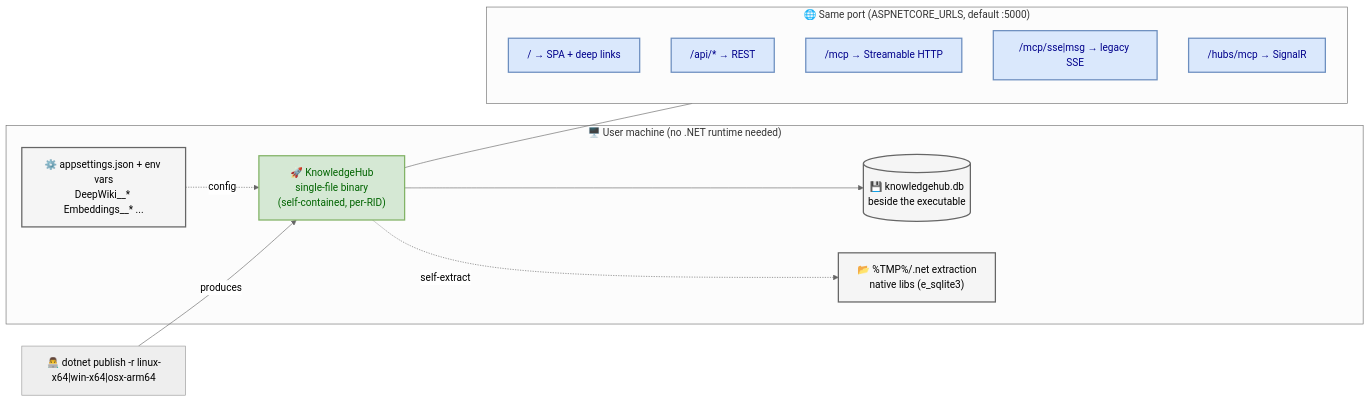
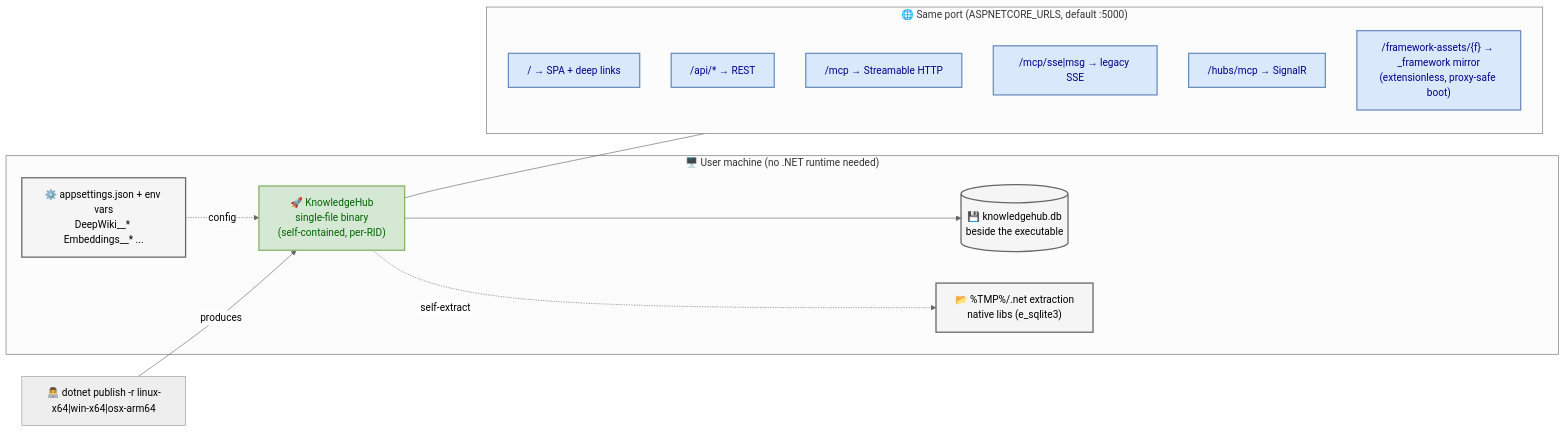
Before and after one commit to afonsoft/LangGraph-UI: the diagram in docs/architecture/knowledge-hub_deployment.mmd, drawn with Mermaid. The commit also changed 6 other files, not shown here.

First line of the commit message:
fix: proxy-safe WASM boot via extensionless /framework-assets mirror (#49)

```diff
--- a/docs/architecture/knowledge-hub_deployment.mmd
+++ b/docs/architecture/knowledge-hub_deployment.mmd
@@ -1,29 +1,30 @@
 %%{init: {'theme':'neutral'}}%%
 flowchart LR
     subgraph Host["🖥️ User machine (no .NET runtime needed)"]
         EXE["🚀 KnowledgeHub<br/>single-file binary<br/>(self-contained, per-RID)"]
         DB[("💾 knowledgehub.db<br/>beside the executable")]
         EXT["📂 %TMP%/.net extraction<br/>native libs (e_sqlite3)"]
         CFG["⚙️ appsettings.json + env vars<br/>DeepWiki__* Embeddings__* ..."]
         EXE --> DB
         EXE -.->|self-extract| EXT
         CFG -.->|config| EXE
     end
 
     DEV["👨‍💻 dotnet publish -r linux-x64|win-x64|osx-arm64"] -->|produces| EXE
 
     subgraph Net["🌐 Same port (ASPNETCORE_URLS, default :5000)"]
         R1["/            → SPA + deep links"]
         R2["/api/*       → REST"]
         R3["/mcp         → Streamable HTTP"]
         R4["/mcp/sse|msg → legacy SSE"]
         R5["/hubs/mcp    → SignalR"]
+        R6["/framework-assets/{f} → _framework mirror<br/>(extensionless, proxy-safe boot)"]
     end
     EXE --- Net
 
     classDef bin fill:#d5e8d4,stroke:#82b366,stroke-width:2px,color:darkgreen
     classDef data fill:#f5f5f5,stroke:#666666,stroke-width:2px,color:black
     classDef net fill:#dae8fc,stroke:#6c8ebf,stroke-width:2px,color:darkblue
     class EXE bin
     class DB,EXT,CFG data
-    class R1,R2,R3,R4,R5 net
+    class R1,R2,R3,R4,R5,R6 net
```
